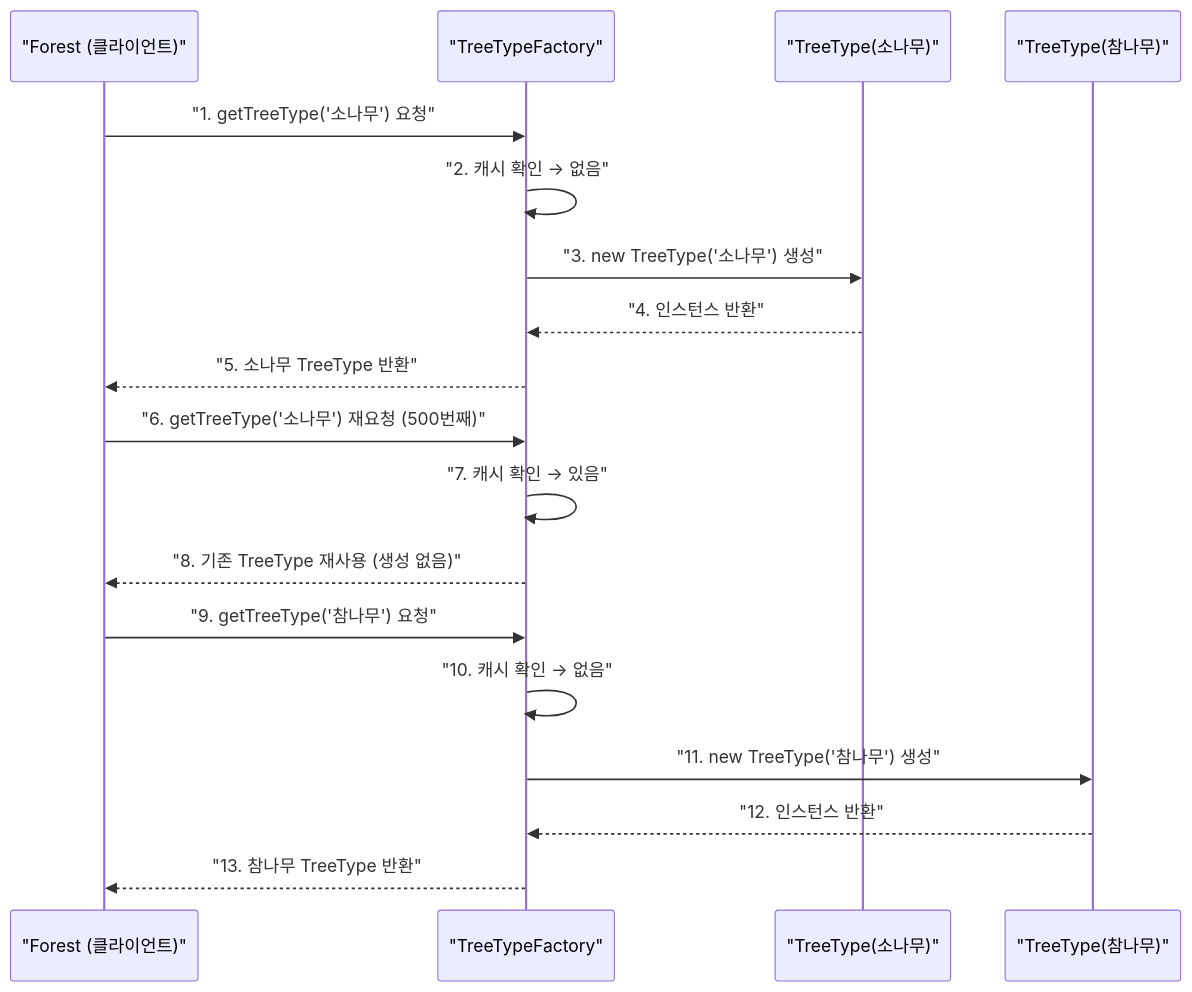
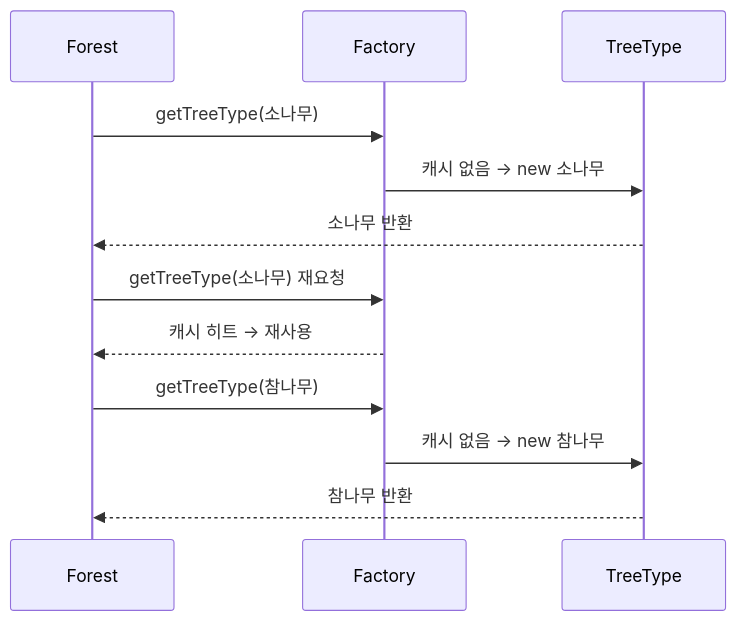
One commit to yjkim2015/yjkim2015.github.io changed the second of 2 diagrams in _posts/designPattern/2022-01-26-FlyweightPattern.md. Above: the diagram before and after it, drawn with Mermaid. The commit also changed other lines of this file and 215 other files, not shown here.

First line of the commit message:
신규 포스트 10개 추가 + Mermaid 전면 축소 + SystemDesign 시리즈 보강

````diff
--- a/_posts/designPattern/2022-01-26-FlyweightPattern.md
+++ b/_posts/designPattern/2022-01-26-FlyweightPattern.md
@@ -222,23 +209,14 @@
 ```mermaid
 sequenceDiagram
-    participant C as "Forest (클라이언트)"
-    participant F as "TreeTypeFactory"
-    participant T1 as "TreeType(소나무)"
-    participant T2 as "TreeType(참나무)"
-
-    C->>F: "1. getTreeType('소나무') 요청"
-    F->>F: "2. 캐시 확인 → 없음"
-    F->>T1: "3. new TreeType('소나무') 생성"
-    T1-->>F: "4. 인스턴스 반환"
-    F-->>C: "5. 소나무 TreeType 반환"
-
-    C->>F: "6. getTreeType('소나무') 재요청 (500번째)"
-    F->>F: "7. 캐시 확인 → 있음"
-    F-->>C: "8. 기존 TreeType 재사용 (생성 없음)"
-
-    C->>F: "9. getTreeType('참나무') 요청"
-    F->>F: "10. 캐시 확인 → 없음"
-    F->>T2: "11. new TreeType('참나무') 생성"
-    T2-->>F: "12. 인스턴스 반환"
-    F-->>C: "13. 참나무 TreeType 반환"
+    participant C as Forest
+    participant F as Factory
+    participant T as TreeType
+    C->>F: getTreeType(소나무)
+    F->>T: 캐시 없음 → new 소나무
+    T-->>C: 소나무 반환
+    C->>F: getTreeType(소나무) 재요청
+    F-->>C: 캐시 히트 → 재사용
+    C->>F: getTreeType(참나무)
+    F->>T: 캐시 없음 → new 참나무
+    T-->>C: 참나무 반환
 ```
````
